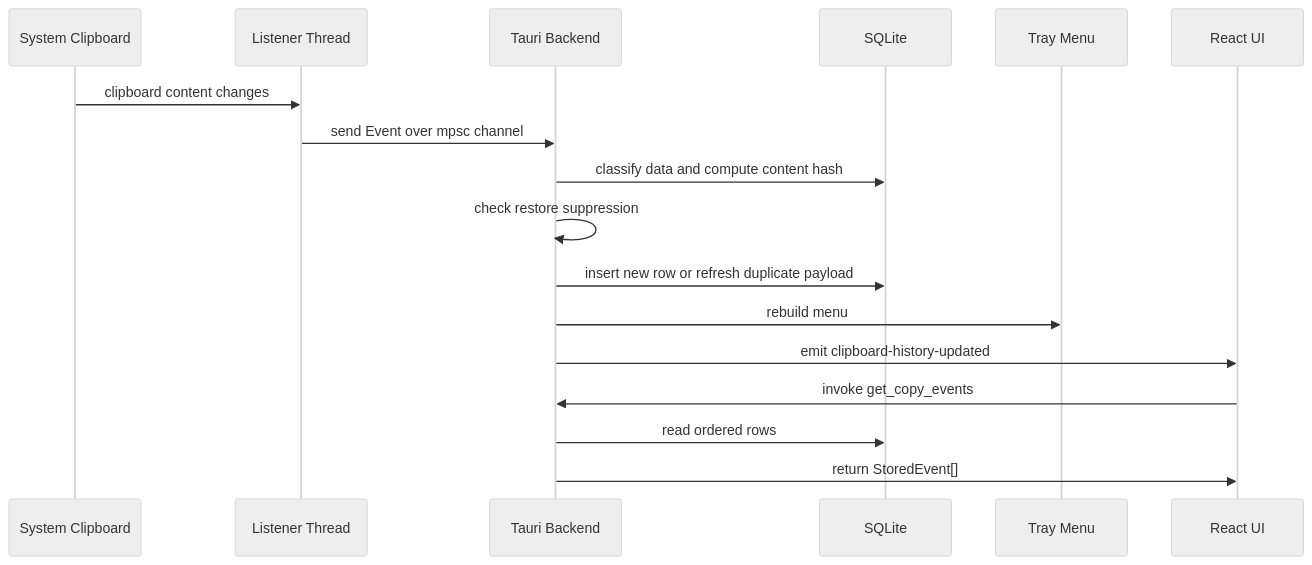
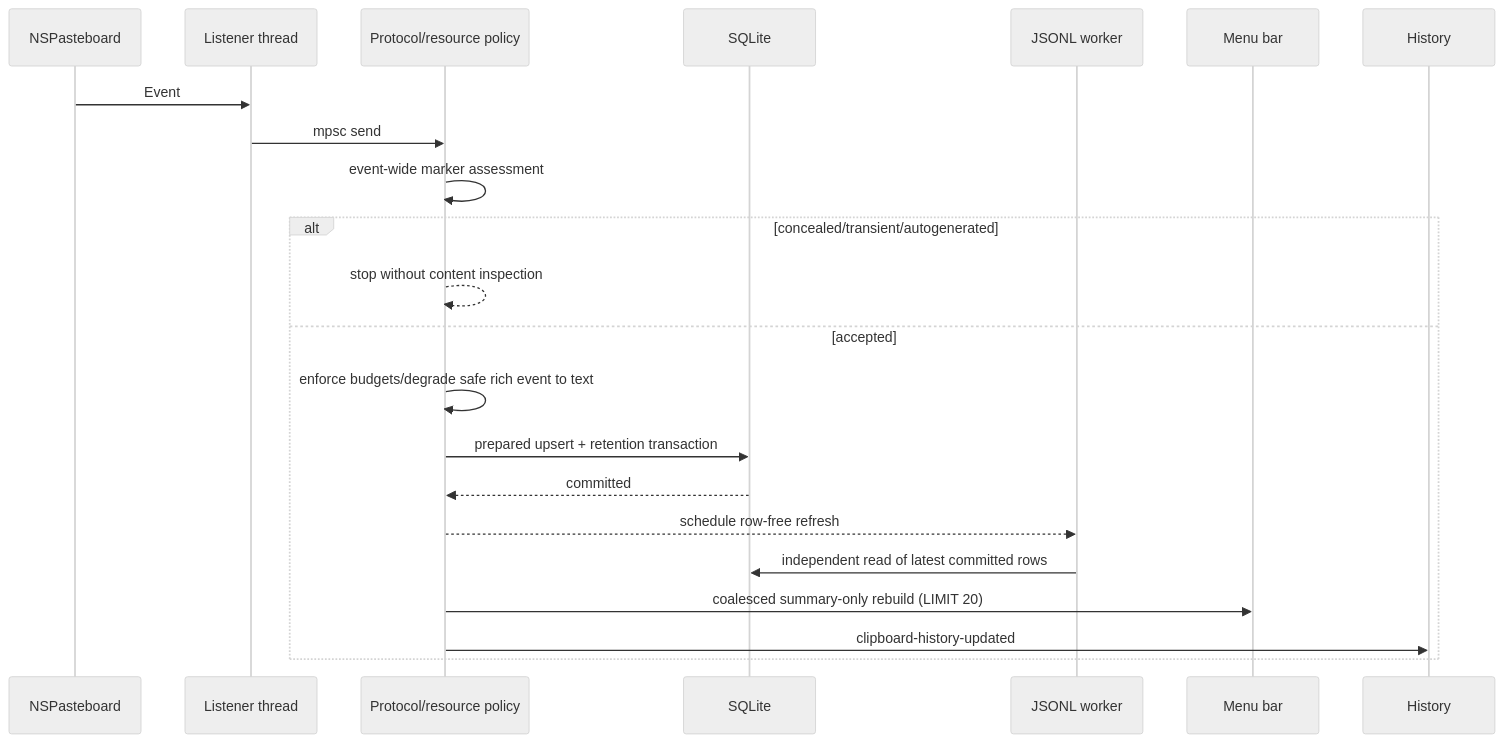
Before and after one commit to vdpw/copy_stack: the first of 2 diagrams in docs/clipboard-flows.md, drawn with Mermaid (neutral theme). The commit also changed other lines of this file and 92 other files, not shown here.

Commit message:
Harden clipboard history architecture and security

````diff
--- a/docs/clipboard-flows.md
+++ b/docs/clipboard-flows.md
@@ -17,20 +16,25 @@
 ```mermaid
 sequenceDiagram
-  participant Clipboard as System Clipboard
-  participant Listener as Listener Thread
-  participant Backend as Tauri Backend
+  participant Clipboard as NSPasteboard
+  participant Listener as Listener thread
+  participant Policy as Protocol/resource policy
   participant DB as SQLite
-  participant Tray as Tray Menu
-  participant UI as React UI
+  participant Mirror as JSONL worker
+  participant Tray as Menu bar
+  participant UI as History
 
-  Clipboard->>Listener: clipboard content changes
-  Listener->>Backend: send Event over mpsc channel
-  Backend->>DB: classify data and compute content hash
-  Backend->>Backend: check restore suppression
-  Backend->>DB: insert new row or refresh duplicate payload
-  Backend->>Tray: rebuild menu
-  Backend->>UI: emit clipboard-history-updated
-  UI->>Backend: invoke get_copy_events
-  Backend->>DB: read ordered rows
-  Backend->>UI: return StoredEvent[]
+  Clipboard->>Listener: Event
+  Listener->>Policy: mpsc send
+  Policy->>Policy: event-wide marker assessment
+  alt concealed/transient/autogenerated
+    Policy-->>Policy: stop without content inspection
+  else accepted
+    Policy->>Policy: enforce budgets/degrade safe rich event to text
+    Policy->>DB: prepared upsert + retention transaction
+    DB-->>Policy: committed
+    Policy-->>Mirror: schedule row-free refresh
+    Mirror->>DB: independent read of latest committed rows
+    Policy->>Tray: coalesced summary-only rebuild (LIMIT 20)
+    Policy->>UI: clipboard-history-updated
+  end
 ```
````
